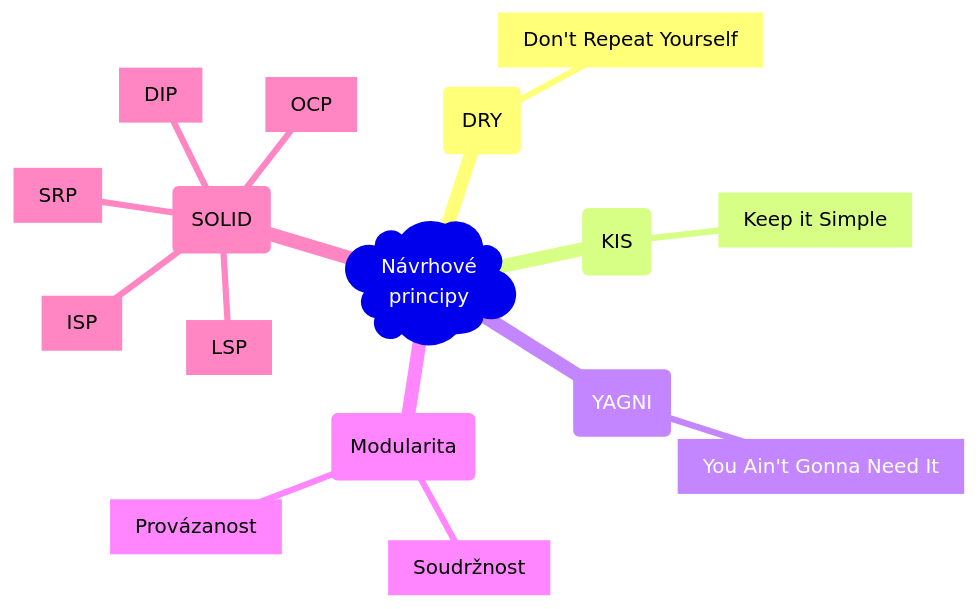
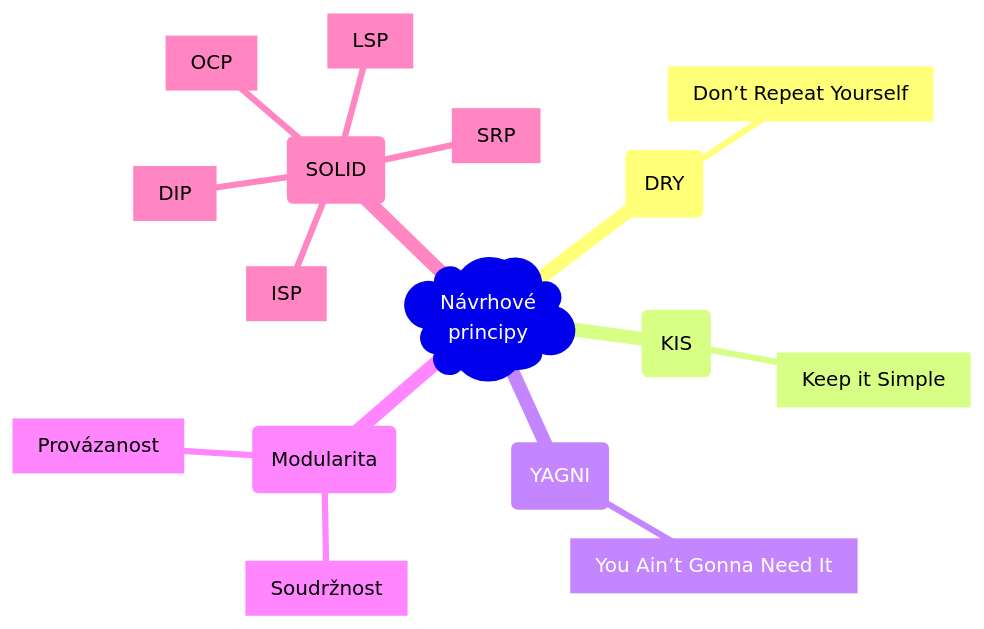
One commit to matejfric/mdbook changed the ninth of 20 diagrams in src/it/software_engineering.md. Above: the diagram before and after it, drawn with Mermaid. The commit also changed other lines of this file and 2 other files, not shown here.

````diff
--- a/src/it/software_engineering.md
+++ b/src/it/software_engineering.md
@@ -378,20 +378,20 @@
 ```mermaid
 mindmap
   root )"""Návrhové
   principy""")
     (DRY)
-        ["`Don't Repeat Yourself`"]
+        ["`Don’t Repeat Yourself`"]
     (KIS)
         ["Keep it Simple"]
     (YAGNI)
-        ["`You Ain't Gonna Need It`"]
+        ["`You Ain’t Gonna Need It`"]
     (Modularita)
         [Soudržnost]
         [Provázanost]
     ("SOLID")
         [SRP]
         [OCP]
         [LSP]
         [ISP]
         [DIP]
 ```
````
